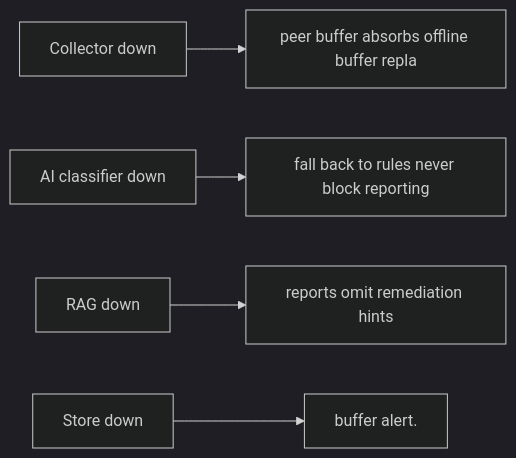
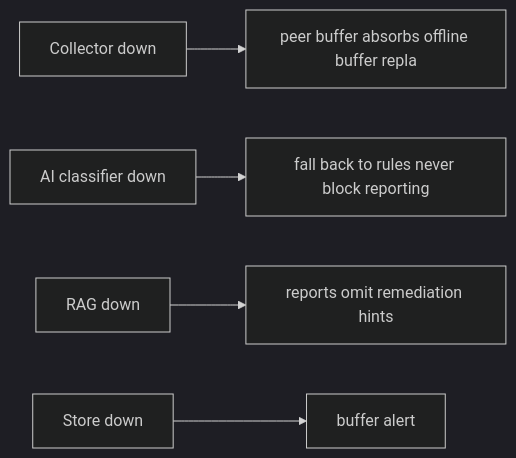
The third of 3 diagrams in case-studies/network-ai-systems/intelligent-syslog-monitoring.md (RIT-MESH/system-design-mastery), drawn with Mermaid (dark theme) before and after one commit. The commit also changed other lines of this file and 215 other files, not shown here.

First line of the commit message:
Complete all remaining work: expand case studies, add 13 AI case studies, fix diagrams, status to Complete

````diff
--- a/case-studies/network-ai-systems/intelligent-syslog-monitoring.md
+++ b/case-studies/network-ai-systems/intelligent-syslog-monitoring.md
@@ -36,16 +42,16 @@
 ```mermaid
-%% origin: original to system-design-mastery
+%% created-for: system-design-mastery
 flowchart LR
   C1["Collector down"]
   R2["peer buffer absorbs offline buffer repla"]
   C1 --> R2
   C3["AI classifier down"]
   R4["fall back to rules never block reporting"]
   C3 --> R4
   C5["RAG down"]
   R6["reports omit remediation hints"]
   C5 --> R6
   C7["Store down"]
-  R8["buffer alert."]
+  R8["buffer alert"]
   C7 --> R8
 ```
````
